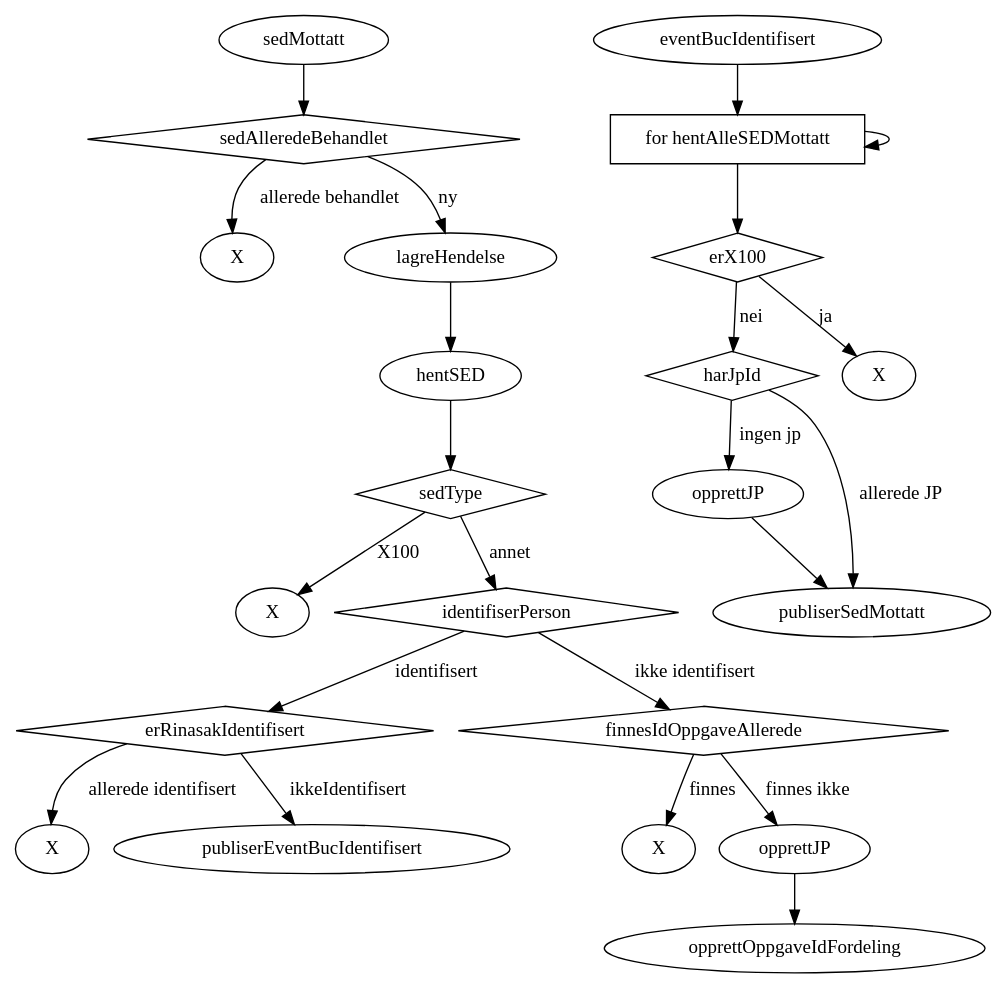
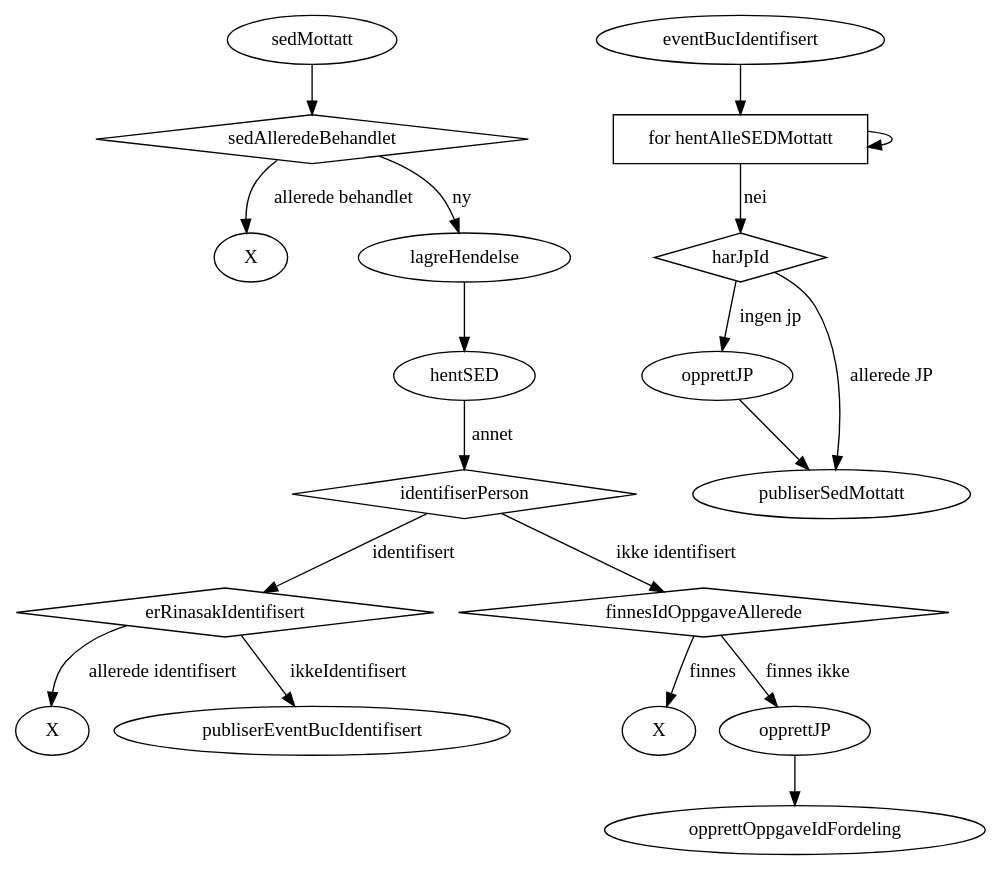
Before and after one commit to navikt/melosys-eessi: the diagram in diagrammer/SedMottak.dot, drawn with Graphviz. The commit also changed 9 other files, not shown here.

```diff
--- a/diagrammer/SedMottak.dot
+++ b/diagrammer/SedMottak.dot
@@ -1,49 +1,39 @@
 digraph SEDMottak {
     X_sedAlleredeBehandlet [label="X"];
-    X_x100 [label="X"];
     X_lagreIdentifisertPerson [label="X"];
     X_opprettOppgaveIdentifisering [label="X"];
     sedAlleredeBehandlet [shape=diamond];
-    sedType [shape=diamond];
     identifiserPerson [shape=diamond];
     erRinasakIdentifisert [shape=diamond];
     finnesIdOppgaveAllerede [shape=diamond];
 
     sedMottatt -> sedAlleredeBehandlet;
     sedAlleredeBehandlet -> X_sedAlleredeBehandlet [label="allerede behandlet"];
 
     sedAlleredeBehandlet -> lagreHendelse [label="ny"];
     lagreHendelse -> hentSED;
 
-    hentSED -> sedType;
-    sedType -> X_x100 [label="X100"];
-    sedType -> identifiserPerson [label="annet"];
+    hentSED -> identifiserPerson [label="annet"];
 
     identifiserPerson -> erRinasakIdentifisert [label="identifisert"];
     erRinasakIdentifisert -> X_lagreIdentifisertPerson [label="allerede identifisert"];
     erRinasakIdentifisert -> publiserEventBucIdentifisert [label="ikkeIdentifisert"]
 
     identifiserPerson -> finnesIdOppgaveAllerede [label="ikke identifisert"];
     finnesIdOppgaveAllerede -> X_opprettOppgaveIdentifisering [label="finnes"]
     finnesIdOppgaveAllerede -> opprettJP [label="finnes ikke"]
     opprettJP -> opprettOppgaveIdFordeling
 
     subgraph BucIdentifisert {
-        erX100 [shape=diamond];
         harJpId [shape=diamond];
-        X_BucIdentifisert_x100 [label="X"];
         opprettJP_BucIdentifisert [label="opprettJP"];
         hentAlleSEDMottatt [shape=rectangle, label="for hentAlleSEDMottatt"];
 
-        eventBucIdentifisert;
         eventBucIdentifisert -> hentAlleSEDMottatt;
         hentAlleSEDMottatt -> hentAlleSEDMottatt;
-        hentAlleSEDMottatt -> erX100;
-        erX100 -> X_BucIdentifisert_x100 [label="ja"];
-
-        erX100 -> harJpId [label="nei"];
+        hentAlleSEDMottatt -> harJpId [label="nei"];
         harJpId -> publiserSedMottatt [label="allerede JP"];
         harJpId -> opprettJP_BucIdentifisert [label="ingen jp"];
         opprettJP_BucIdentifisert -> publiserSedMottatt;
     }
 }
```
